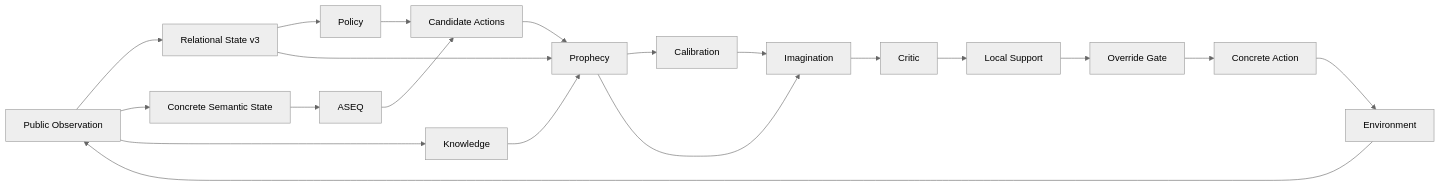
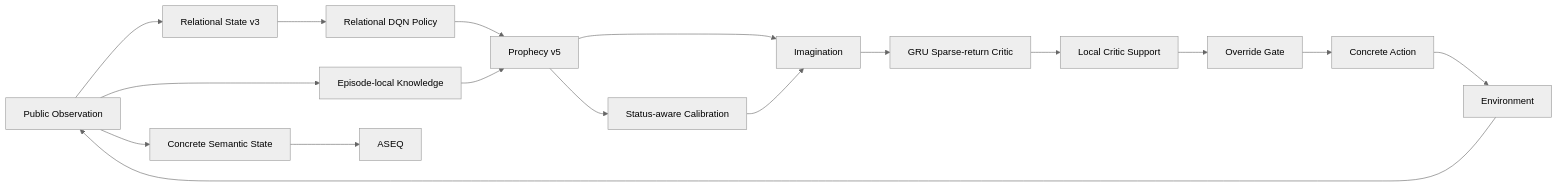
Before and after one commit to aether0xff-afk/AASSR: the diagram in wiki/Home.md, drawn with Mermaid (neutral theme). The commit also changed other lines of this file and 14 other files, not shown here.

````diff
--- a/wiki/Home.md
+++ b/wiki/Home.md
@@ -95,22 +58,24 @@
 ```mermaid
 flowchart LR
-    O[Public Observation] --> R[Relational State v3]
-    O --> S[Concrete Semantic State]
-    R --> P[Policy]
-    S --> A[ASEQ]
-    O --> K[Knowledge]
-    P --> C[Candidate Actions]
-    A --> C
-    C --> W[Prophecy]
+    O[Public Observation] --> RS[Relational State v3]
+    O --> CS[Concrete Semantic State]
+    O --> K[Episode-local Knowledge]
+
+    RS --> P[Relational DQN Policy]
+    CS --> A[ASEQ]
+
+    P --> W[Prophecy v5]
     K --> W
-    R --> W
-    W --> CAL[Calibration]
+
+    W --> CAL[Status-aware Calibration]
     W --> I[Imagination]
     CAL --> I
-    I --> CR[Critic]
-    CR --> SUP[Local Support]
-    SUP --> G[Override Gate]
+
+    I --> C[GRU Sparse-return Critic]
+    C --> S[Local Critic Support]
+    S --> G[Override Gate]
+
     G --> ACT[Concrete Action]
     ACT --> E[Environment]
     E --> O
 ```
````
